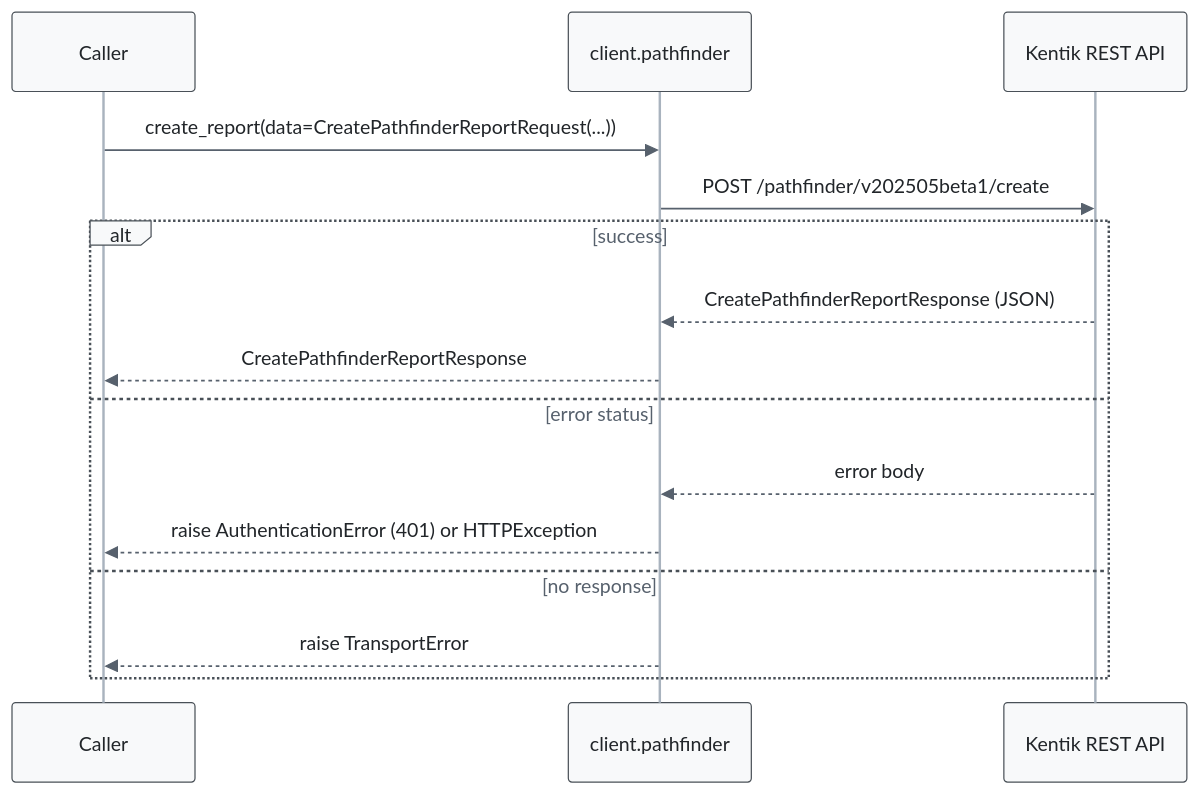
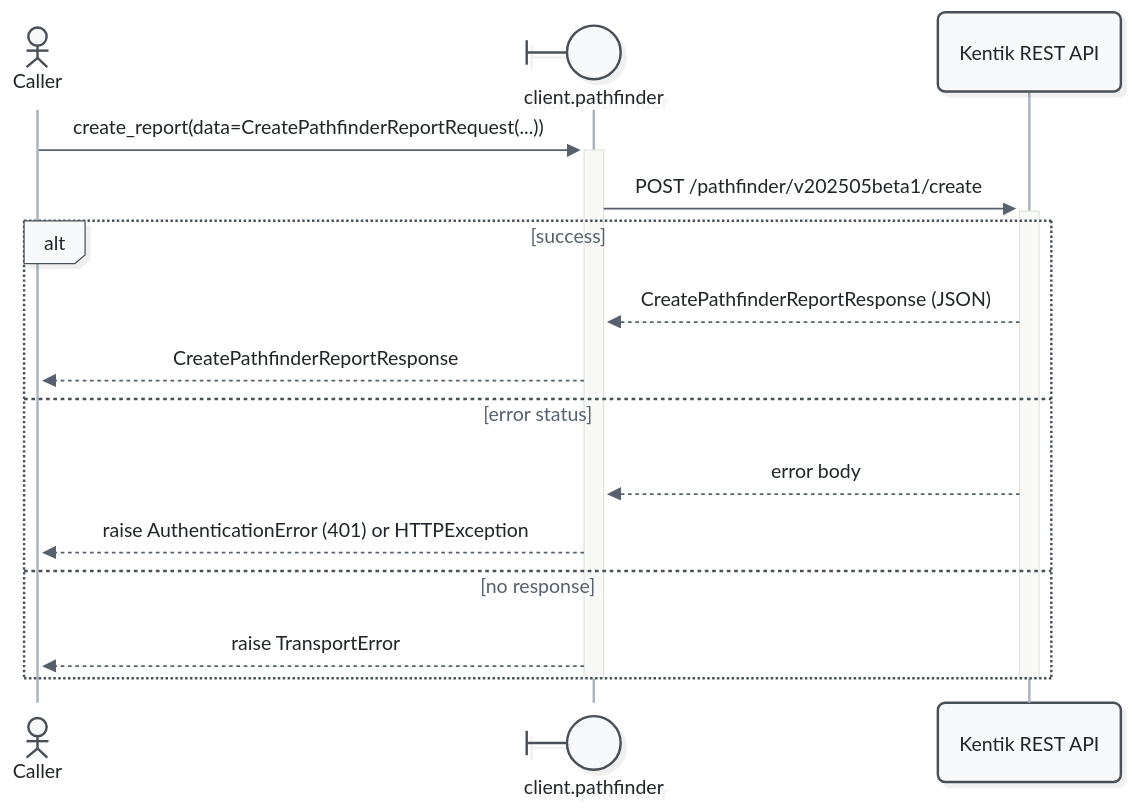
Before and after one commit to alexdearaujo/community_sdk_python: the first of 3 diagrams in docs/sphinx/services/pathfinder.md, drawn with Mermaid. The commit also changed other lines of this file and 52 other files, not shown here.

First line of the commit message:
docs: Mermaid 12 sequence diagrams with participant types and path colors

````diff
--- a/docs/sphinx/services/pathfinder.md
+++ b/docs/sphinx/services/pathfinder.md
@@ -33,19 +33,21 @@
 ```mermaid
-%%{init: {"theme": "base", "fontFamily": "ui-monospace, SFMono-Regular, Menlo, monospace", "themeVariables": {"fontFamily": "ui-monospace, SFMono-Regular, Menlo, monospace", "primaryColor": "#f8f9fa", "primaryBorderColor": "#495057", "primaryTextColor": "#212529", "textColor": "#212529", "lineColor": "#77818c", "edgeLabelBackground": "#ffffff", "actorBkg": "#f8f9fa", "actorBorder": "#495057", "actorTextColor": "#212529", "actorLineColor": "#a9b3be", "signalColor": "#57616d", "signalTextColor": "#212529", "labelBoxBkgColor": "#f8f9fa", "labelBoxBorderColor": "#495057", "labelTextColor": "#212529", "loopTextColor": "#57616d", "noteBkgColor": "#fff9db", "noteBorderColor": "#f08c00", "noteTextColor": "#a35a00"}, "flowchart": {"curve": "step", "nodeSpacing": 30, "rankSpacing": 70, "wrappingWidth": 400}}}%%
+%%{init: {"theme": "redux", "look": "neo", "layout": "dagre", "fontFamily": "ui-monospace, SFMono-Regular, Menlo, monospace", "themeVariables": {"fontFamily": "ui-monospace, SFMono-Regular, Menlo, monospace", "primaryColor": "#f8f9fa", "primaryBorderColor": "#495057", "primaryTextColor": "#212529", "textColor": "#212529", "lineColor": "#77818c", "edgeLabelBackground": "#ffffff", "actorBkg": "#f8f9fa", "actorBorder": "#495057", "actorTextColor": "#212529", "actorLineColor": "#a9b3be", "signalColor": "#57616d", "signalTextColor": "#212529", "labelBoxBkgColor": "#f8f9fa", "labelBoxBorderColor": "#495057", "labelTextColor": "#212529", "loopTextColor": "#57616d", "noteBkgColor": "#fff9db", "noteBorderColor": "#f08c00", "noteTextColor": "#a35a00"}, "sequence": {"activationWidth": 16}, "flowchart": {"curve": "step", "nodeSpacing": 30, "rankSpacing": 70, "wrappingWidth": 400}}}%%
 sequenceDiagram
-    participant C as Caller
-    participant W as client.pathfinder
+    actor C as Caller
+    participant W@{ "type": "boundary" } as client.pathfinder
     participant API as Kentik REST API
 
-    C->>W: create_report(data=CreatePathfinderReportRequest(...))
-    W->>API: POST /pathfinder/v202505beta1/create
+    C->>+W: create_report(data=CreatePathfinderReportRequest(...))
+    W->>+API: POST /pathfinder/v202505beta1/create
     alt success
         API-->>W: CreatePathfinderReportResponse (JSON)
         W-->>C: CreatePathfinderReportResponse
     else error status
         API-->>W: error body
         W-->>C: raise AuthenticationError (401) or HTTPException
     else no response
         W-->>C: raise TransportError
     end
+    deactivate API
+    deactivate W
 ```
````
